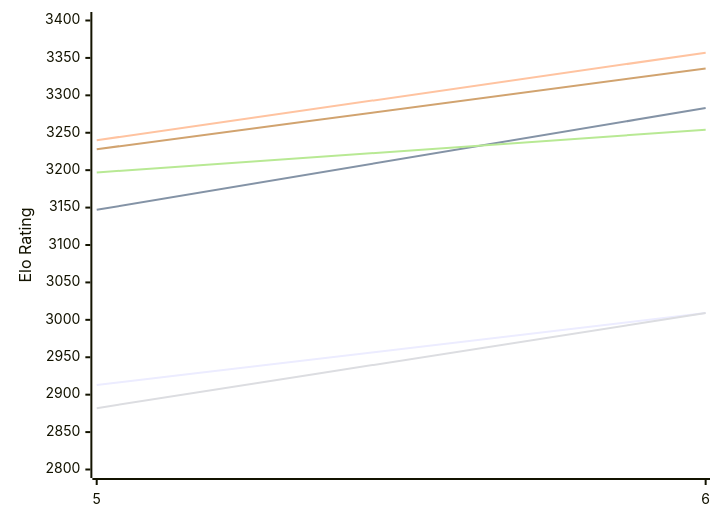
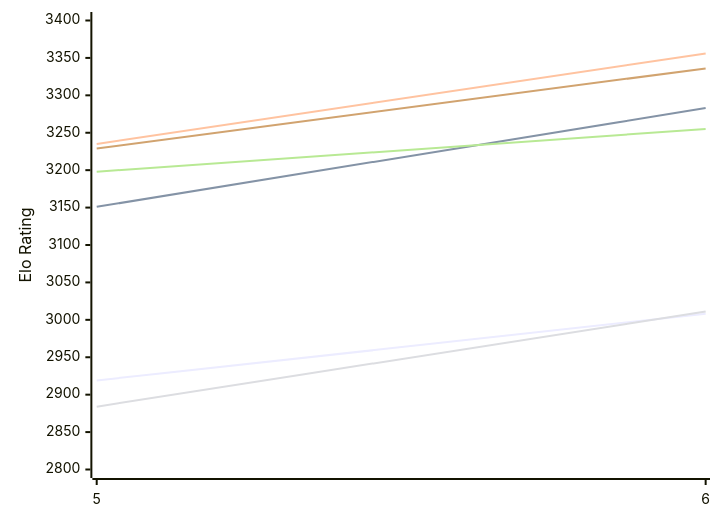
One commit to computer-chess-index/cci changed the first of 2 diagrams in engines/Cwtch.md. Above: the diagram before and after it, drawn with Mermaid. The commit also changed other lines of this file, not shown here.

Commit message:
Update CCI Ratings (ELO VLTC) - 2026-11-27

````diff
--- a/engines/Cwtch.md
+++ b/engines/Cwtch.md
@@ -51,12 +51,12 @@
 ```mermaid
 %%{init: {"theme":"base","themeVariables":{"seriesColors:['#a3a3a3','#222221','#faa371']}}}%%
 xychart-beta
   x-axis ["5", "6"]
   y-axis "Elo Rating" 2800 --> 3400
-  line "E1: STC (8.0+0.08s)" [2913, 3009]
-  line "E1: LTC (60.0+0.60s)" [3147, 3283]
-  line "E1: VLTC (2m24s+1.12s)" [3240, 3357]
-  line "P1: STC (8.0+0.08s)" [2882, 3009]
-  line "P1: LTC (60.0+0.60s)" [3197, 3254]
-  line "P1: VLTC (2m24s+1.12s)" [3228, 3336]
+  line "E1: STC (8.0+0.08s)" [2919, 3008]
+  line "E1: LTC (60.0+0.60s)" [3151, 3283]
+  line "E1: VLTC (2m24s+1.12s)" [3235, 3356]
+  line "P1: STC (8.0+0.08s)" [2884, 3011]
+  line "P1: LTC (60.0+0.60s)" [3198, 3255]
+  line "P1: VLTC (2m24s+1.12s)" [3229, 3336]
 ```
````
